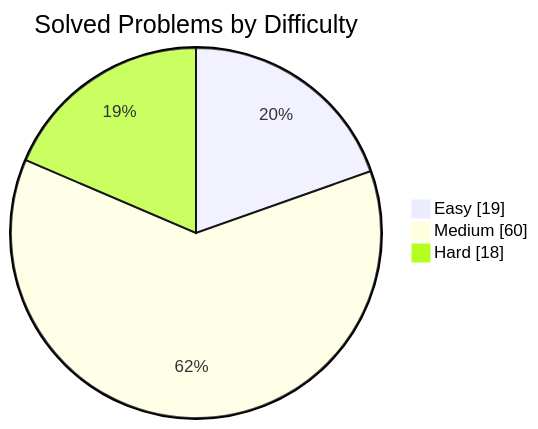
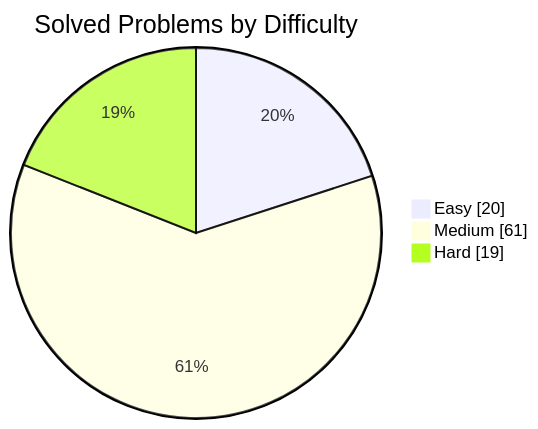
The first of 2 diagrams in README.md (manikantbindass/DSA-Preparation-FAANG), drawn with Mermaid before and after one commit. The commit also changed other lines of this file and 9 other files, not shown here.

````diff
--- a/README.md
+++ b/README.md
@@ -38,7 +38,7 @@
 ```mermaid
 pie showData
     title Solved Problems by Difficulty
-    "Easy" : 19
-    "Medium" : 60
-    "Hard" : 18
+    "Easy" : 20
+    "Medium" : 61
+    "Hard" : 19
 ```
````
